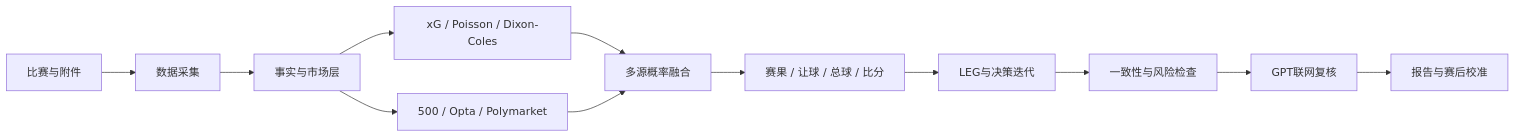
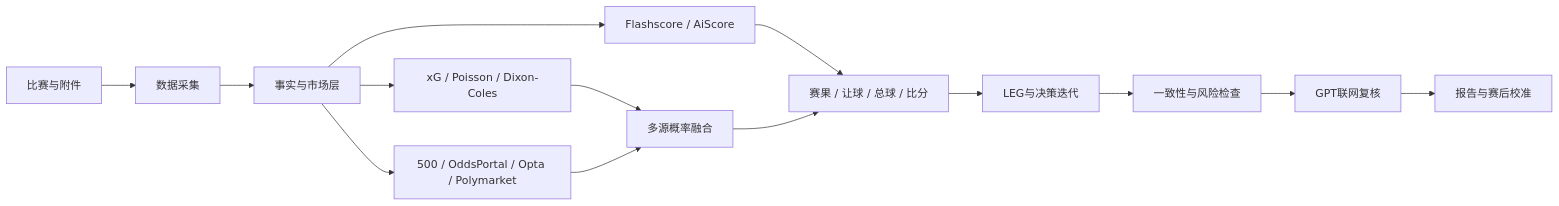
Before and after one commit to tszming1021/football-analystv2: the diagram in README.md, drawn with Mermaid. The commit also changed other lines of this file and 164 other files, not shown here.

````diff
--- a/README.md
+++ b/README.md
@@ -49,14 +50,16 @@
 ```mermaid
 flowchart LR
     A["比赛与附件"] --> B["数据采集"]
     B --> C["事实与市场层"]
     C --> D["xG / Poisson / Dixon-Coles"]
-    C --> E["500 / Opta / Polymarket"]
+    C --> E["500 / OddsPortal / Opta / Polymarket"]
+    C --> L["Flashscore / AiScore"]
     D --> F["多源概率融合"]
     E --> F
+    L --> G
     F --> G["赛果 / 让球 / 总球 / 比分"]
     G --> H["LEG与决策迭代"]
     H --> I["一致性与风险检查"]
     I --> J["GPT联网复核"]
     J --> K["报告与赛后校准"]
 ```
````
